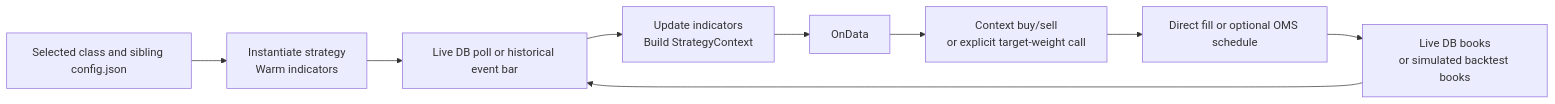
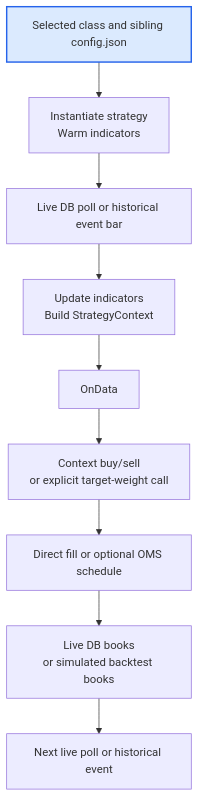
Before and after one commit to MUNQuantSociety/MQSMaster: the diagram in docs/workflows/portfolio-strategy-flow.md, drawn with Mermaid. The commit also changed 12 other files, not shown here.

Commit message:
docs: make workflow diagrams top-down hierarchies

````diff
--- a/docs/workflows/portfolio-strategy-flow.md
+++ b/docs/workflows/portfolio-strategy-flow.md
@@ -7,11 +7,12 @@
 ```mermaid
-flowchart LR
+flowchart TD
     CFG["Selected class and sibling config.json"] --> INIT["Instantiate strategy<br/>Warm indicators"]
     INIT --> DATA["Live DB poll or historical event bar"]
     DATA --> CTX["Update indicators<br/>Build StrategyContext"]
     CTX --> ONDATA["OnData"]
     ONDATA --> ORDERS["Context buy/sell<br/>or explicit target-weight call"]
     ORDERS --> EXEC["Direct fill or optional OMS schedule"]
     EXEC --> BOOKS["Live DB books<br/>or simulated backtest books"]
-    BOOKS --> DATA
+    BOOKS --> NEXT["Next live poll or historical event"]
+    style CFG fill:#dbeafe,stroke:#2563eb,stroke-width:2px
 ```
````
